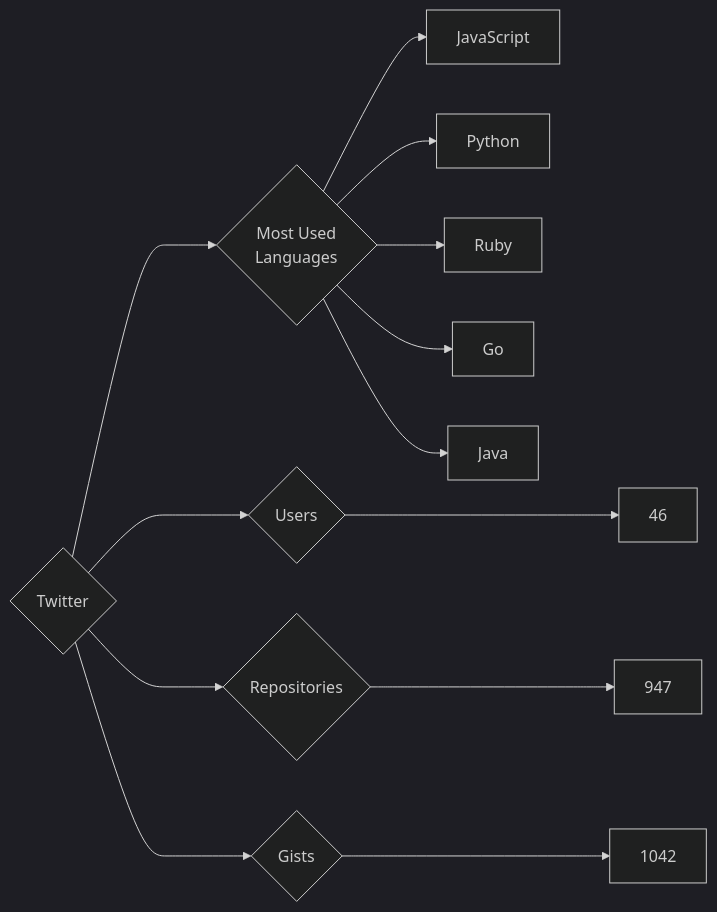
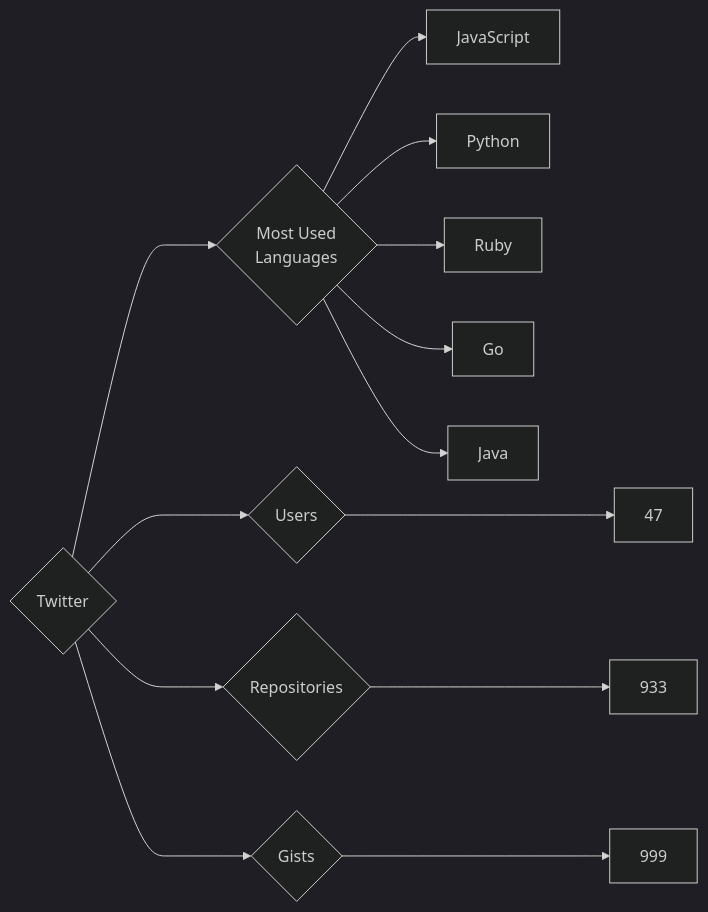
The diagram in targets/Twitter/README.md (trickest/insiders), drawn with Mermaid (dark theme) before and after one commit. The commit also changed 964 other files, not shown here.

````diff
--- a/targets/Twitter/README.md
+++ b/targets/Twitter/README.md
@@ -3,13 +3,13 @@
 ```mermaid
 graph LR
 COMPANY_NAME{Twitter}
-COMPANY_NAME ---> U{Users} ---> UN[46]
-COMPANY_NAME ---> R{Repositories} ---> RN[947]
-COMPANY_NAME ---> G{Gists} ---> GN[1042]
+COMPANY_NAME ---> U{Users} ---> UN[47]
+COMPANY_NAME ---> R{Repositories} ---> RN[933]
+COMPANY_NAME ---> G{Gists} ---> GN[999]
 COMPANY_NAME ---> ML{Most Used<br>Languages}
 ML --> JavaScript[JavaScript]
 ML --> Python[Python]
 ML --> Ruby[Ruby]
 ML --> Go[Go]
 ML --> Java[Java]
 ```
````
